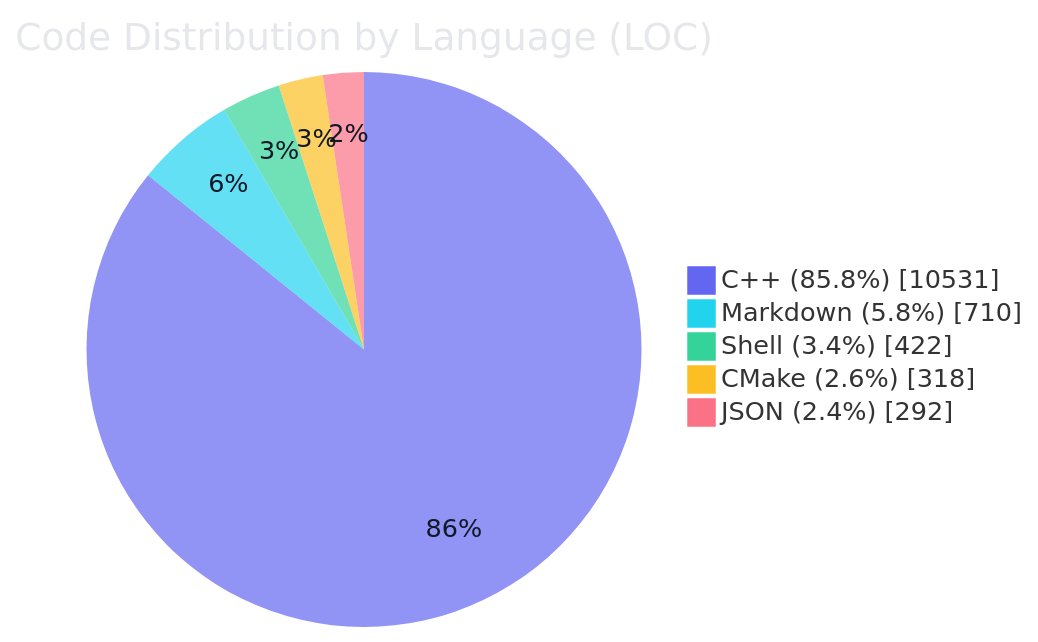
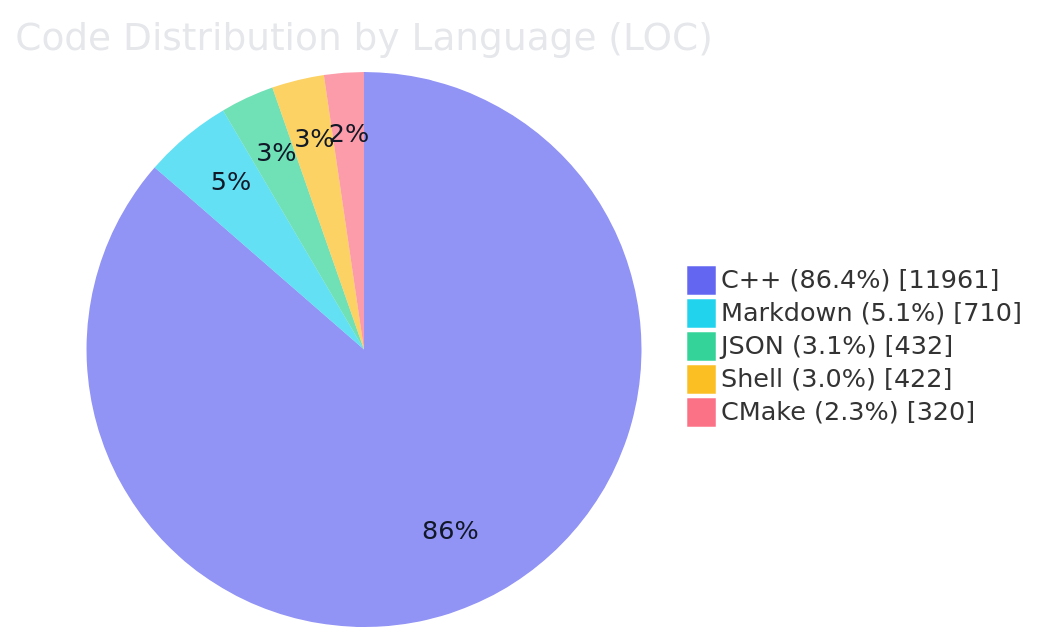
One commit to sublimit1736/term4k_sub changed the diagram in README.md. Above: the diagram before and after it, drawn with Mermaid. The commit also changed other lines of this file and 3 other files, not shown here.

````diff
--- a/README.md
+++ b/README.md
@@ -55,10 +55,10 @@
 ```mermaid
 %%{init: {'theme': 'base', 'themeVariables': {'fontFamily': 'Fira Code, JetBrains Mono, Source Code Pro, Cascadia Code, Menlo, Consolas, monospace', 'pieTitleTextColor': '#e5e7eb', 'pieSectionTextColor': '#111827', 'pieOuterStrokeColor': 'transparent', 'pieOuterStrokeWidth': '0px', 'pieStrokeColor': 'transparent', 'pieStrokeWidth': '0px', 'pie1': '#6366f1', 'pie2': '#22d3ee', 'pie3': '#34d399', 'pie4': '#fbbf24', 'pie5': '#fb7185', 'pie6': '#a78bfa'}}}%%
 pie showData
     title Code Distribution by Language (LOC)
-    "C++ (85.8%)" : 10531
-    "Markdown (5.8%)" : 710
-    "Shell (3.4%)" : 422
-    "CMake (2.6%)" : 318
-    "JSON (2.4%)" : 292
+    "C++ (86.4%)" : 11961
+    "Markdown (5.1%)" : 710
+    "JSON (3.1%)" : 432
+    "Shell (3.0%)" : 422
+    "CMake (2.3%)" : 320
 ```
````
